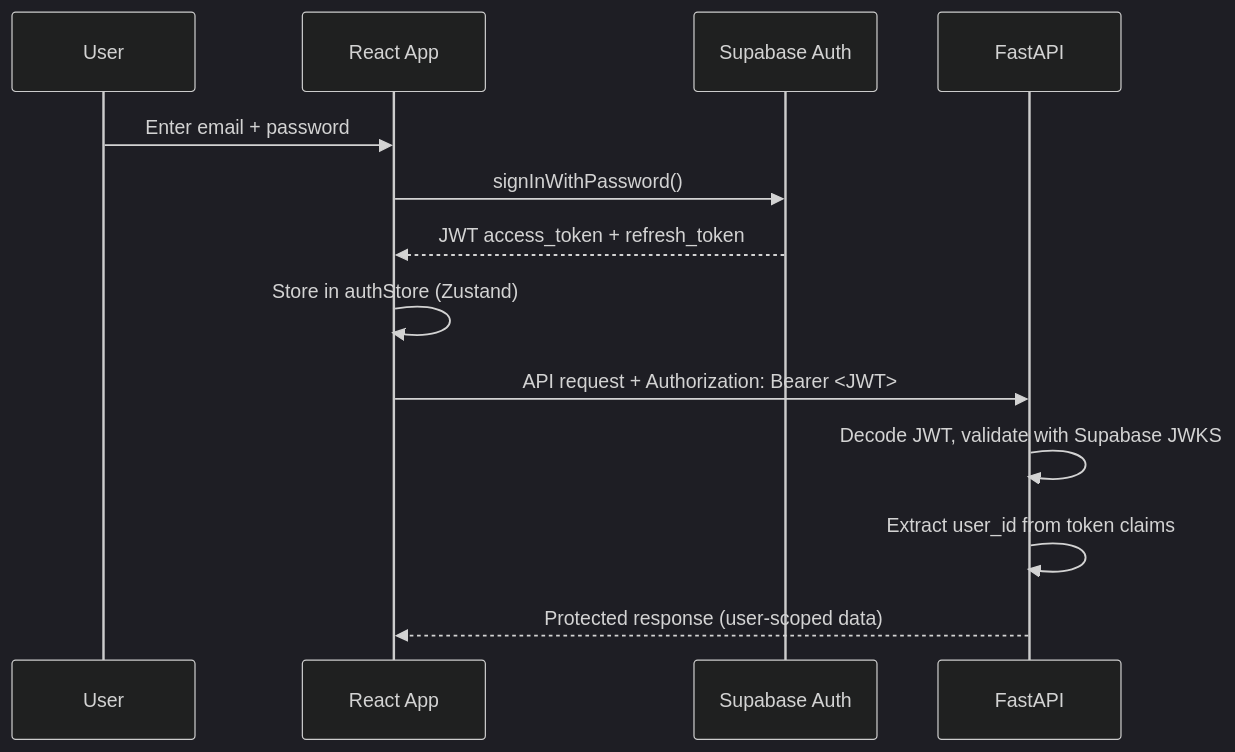
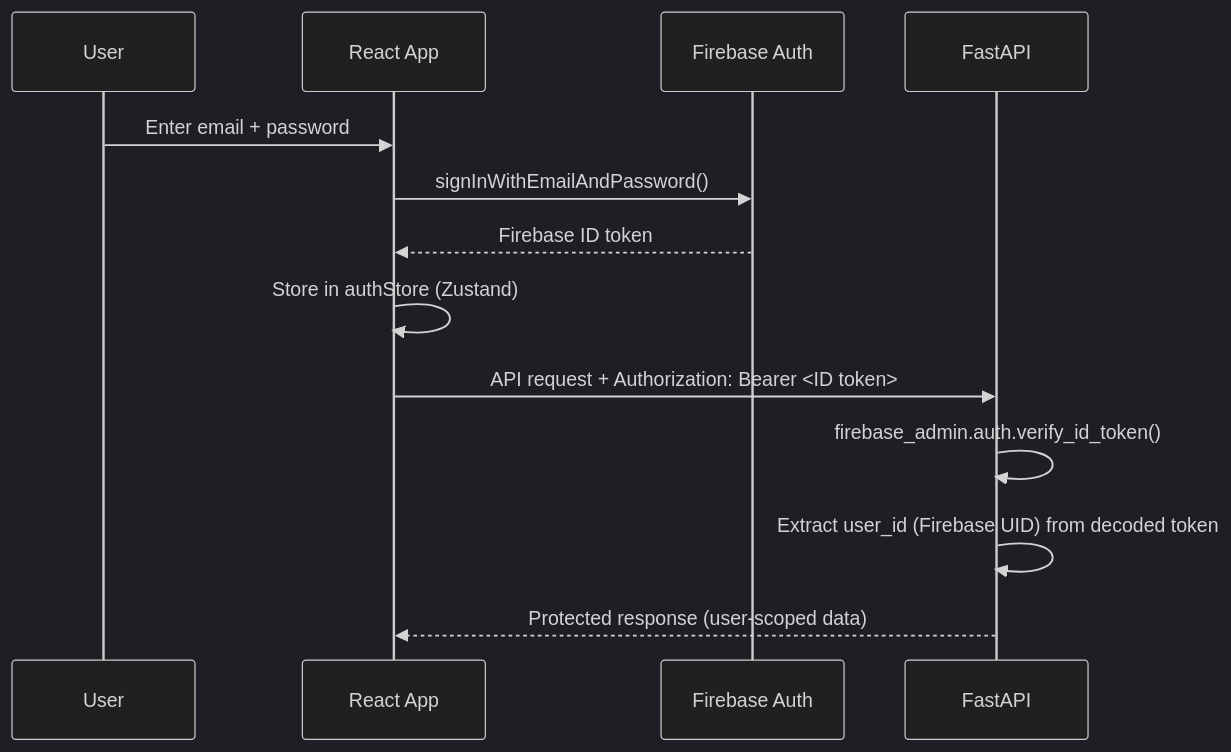
One commit to AtharvS7/PredictIQ changed the seventh of 15 diagrams in docs/walkthrough.md. Above: the diagram before and after it, drawn with Mermaid (dark theme). The commit also changed other lines of this file, not shown here.

First line of the commit message:
docs: update walkthrough v3.0.0 — Firebase Auth + Neon PostgreSQL migration

````diff
--- a/docs/walkthrough.md
+++ b/docs/walkthrough.md
@@ -945,16 +929,16 @@
 ```mermaid
 sequenceDiagram
     participant U as User
     participant F as React App
-    participant SA as Supabase Auth
+    participant FA as Firebase Auth
     participant B as FastAPI
 
     U->>F: Enter email + password
-    F->>SA: signInWithPassword()
-    SA-->>F: JWT access_token + refresh_token
+    F->>FA: signInWithEmailAndPassword()
+    FA-->>F: Firebase ID token
     F->>F: Store in authStore (Zustand)
-    F->>B: API request + Authorization: Bearer <JWT>
-    B->>B: Decode JWT, validate with Supabase JWKS
-    B->>B: Extract user_id from token claims
+    F->>B: API request + Authorization: Bearer <ID token>
+    B->>B: firebase_admin.auth.verify_id_token()
+    B->>B: Extract user_id (Firebase UID) from decoded token
     B-->>F: Protected response (user-scoped data)
 ```
````
